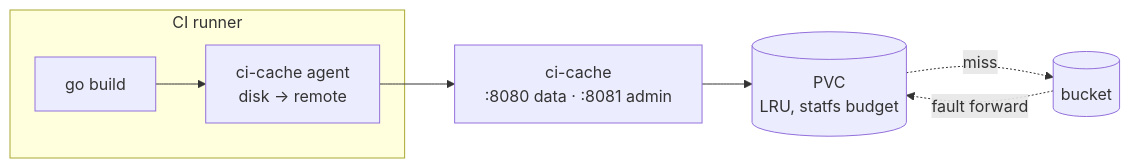
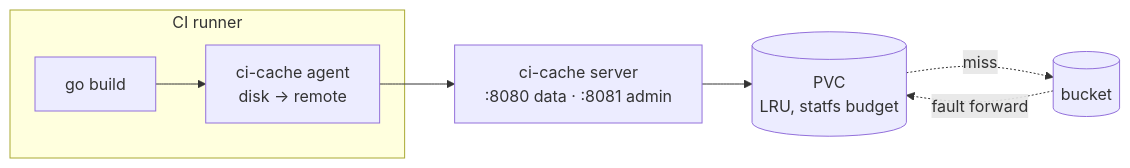
One commit to truvity/ci-cache changed the diagram in README.md. Above: the diagram before and after it, drawn with Mermaid. The commit also changed other lines of this file and 36 other files, not shown here.

````diff
--- a/README.md
+++ b/README.md
@@ -14,10 +45,10 @@
 ```mermaid
 flowchart LR
   subgraph runner["CI runner"]
     GO["go build"] --> AG["ci-cache agent<br/>disk → remote"]
   end
-  AG --> S["ci-cache<br/>:8080 data · :8081 admin"]
+  AG --> S["ci-cache server<br/>:8080 data · :8081 admin"]
   S --> D[("PVC<br/>LRU, statfs budget")]
   D -. miss .-> B[("bucket")]
   B -. fault forward .-> D
 ```
````
